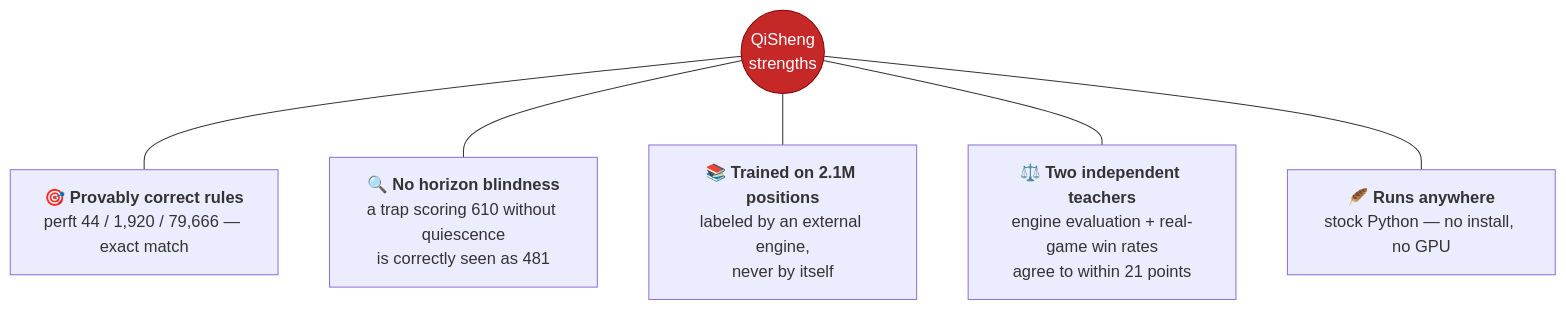
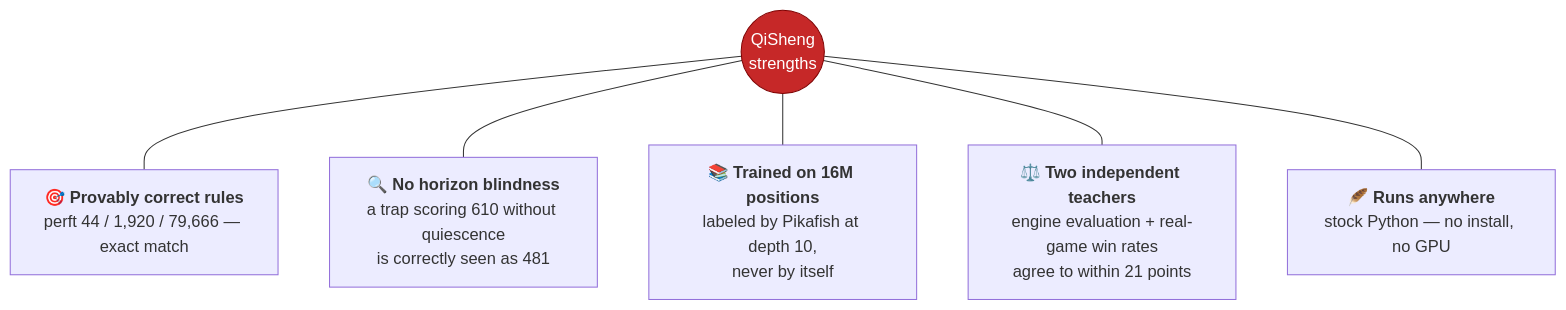
The third of 6 diagrams in README.md (quannguyencoder/QiSheng-Xiangqi-Engine-v1), drawn with Mermaid before and after one commit. The commit also changed other lines of this file, not shown here.

````diff
--- a/README.md
+++ b/README.md
@@ -75,10 +75,10 @@
 ```mermaid
 flowchart TD
     R(("QiSheng<br/>strengths"))
     R --- A["🎯 <b>Provably correct rules</b><br/>perft 44 / 1,920 / 79,666 — exact match"]
     R --- B["🔍 <b>No horizon blindness</b><br/>a trap scoring 610 without quiescence<br/>is correctly seen as 481"]
-    R --- C["📚 <b>Trained on 2.1M positions</b><br/>labeled by an external engine,<br/>never by itself"]
+    R --- C["📚 <b>Trained on 16M positions</b><br/>labeled by Pikafish at depth 10,<br/>never by itself"]
     R --- D["⚖️ <b>Two independent teachers</b><br/>engine evaluation + real-game win rates<br/>agree to within 21 points"]
     R --- E["🪶 <b>Runs anywhere</b><br/>stock Python — no install, no GPU"]
     style R fill:#c62828,stroke:#7f0000,color:#fff
 ```
````
